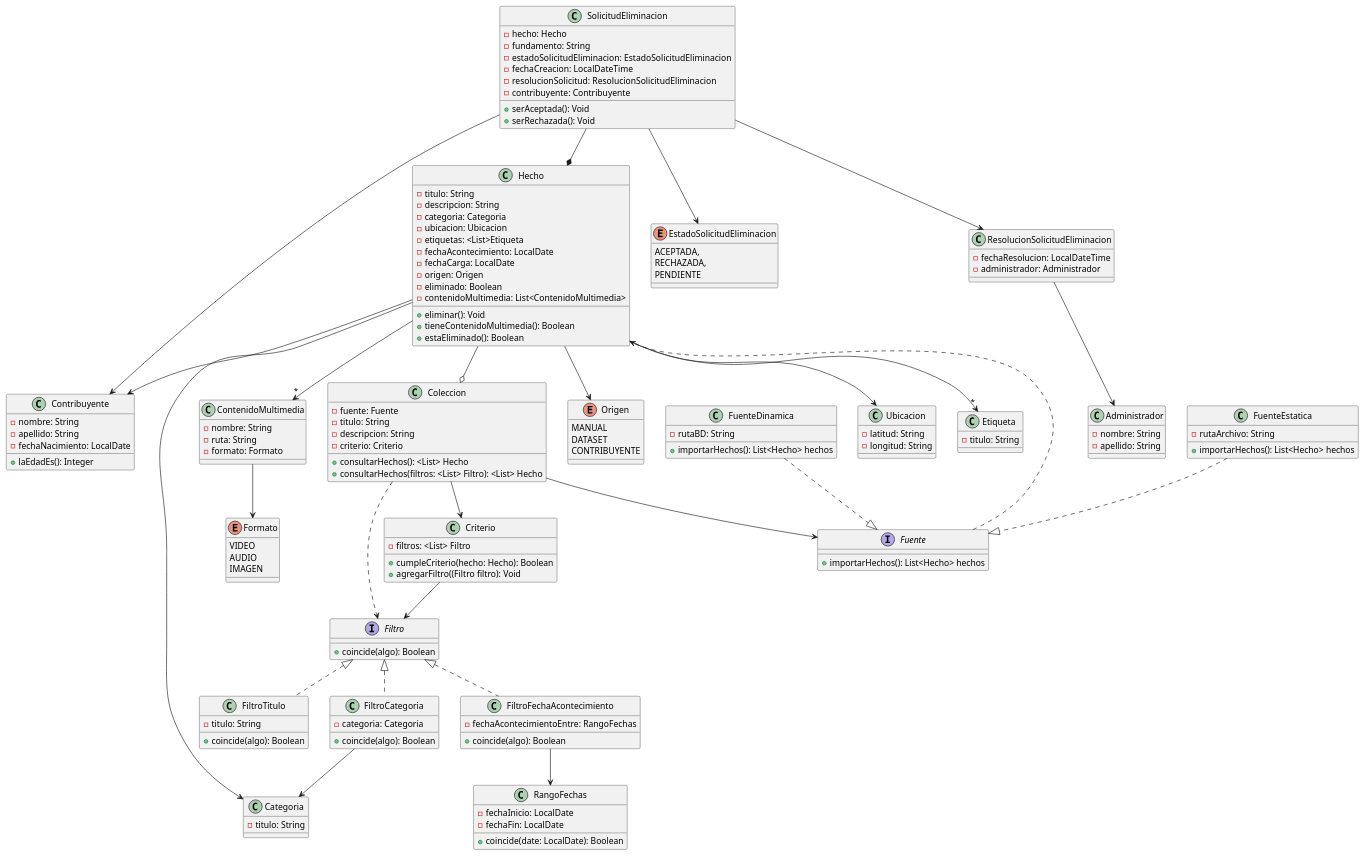
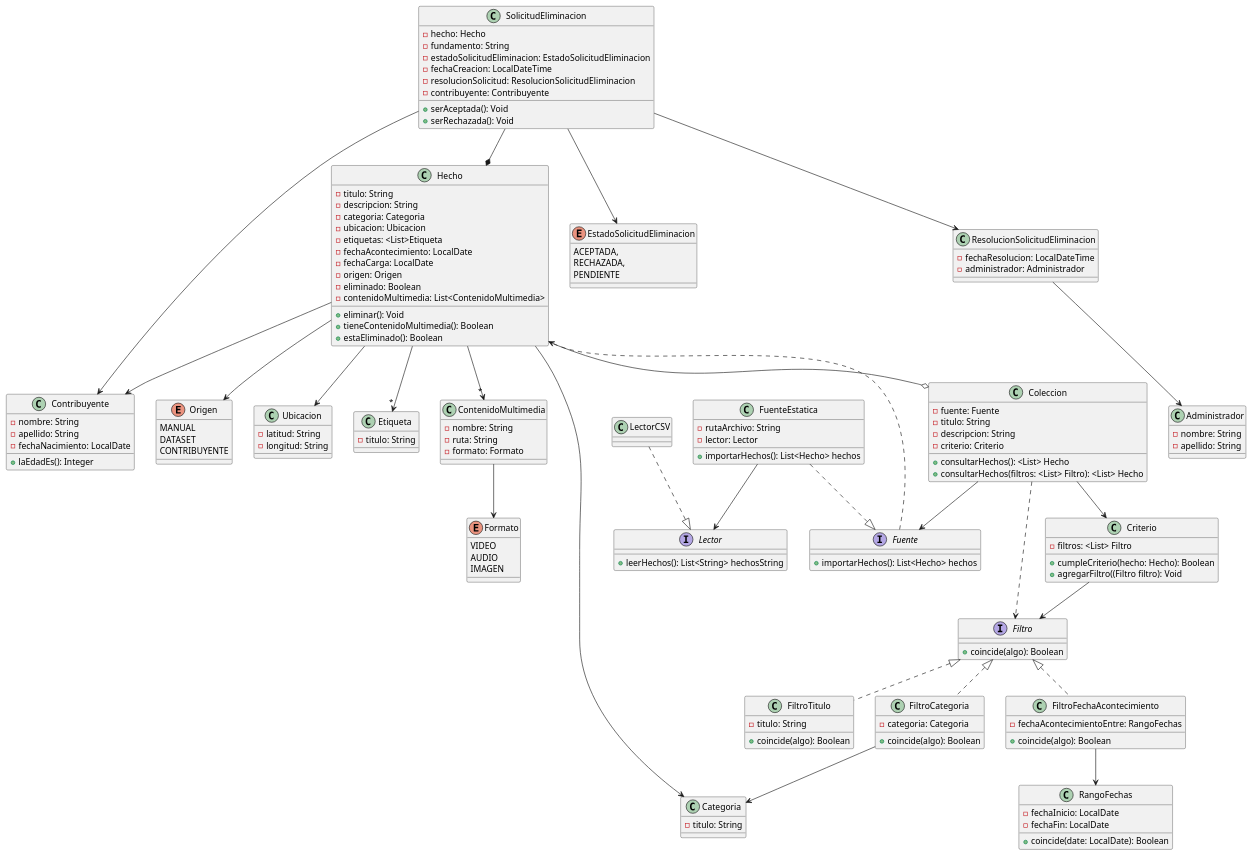
One commit to BrunoRodriguezzz/tp-dsi changed the diagram in DiagramaDeClases-1°Entrega.puml. Above: the diagram before and after it, drawn with PlantUML. The commit also changed 9 other files, not shown here.

```diff
--- a/DiagramaDeClases-1°Entrega.puml
+++ b/DiagramaDeClases-1°Entrega.puml
@@ -1,183 +1,190 @@
     @startuml
 'Hecho
 Hecho --> Contribuyente
 Hecho --> Origen
 Hecho --> Categoria
 Hecho --> Ubicacion
 Hecho -->"*" Etiqueta
 Hecho --o Coleccion
 Hecho -->"*" ContenidoMultimedia
 
 'Solicitudes de Eliminacion
 SolicitudEliminacion --* Hecho
 SolicitudEliminacion --> EstadoSolicitudEliminacion
 SolicitudEliminacion --> ResolucionSolicitudEliminacion
 SolicitudEliminacion --> Contribuyente
 
 'Resoluciones de Solicitudes de Eliminacion
 ResolucionSolicitudEliminacion --> Administrador
 
 'Colecciones
 Coleccion --> Criterio
 Coleccion ..> Filtro
 
 'Fuente
 Coleccion --> Fuente
 Fuente ..> Hecho
 FuenteEstatica ..|> Fuente
-FuenteDinamica ..|> Fuente
+
+'Lector
+FuenteEstatica --> Lector
+LectorCSV ..|> Lector
 
 'Criterio
 Criterio --> Filtro
 
 'ElementoCriterio
 Filtro <|.. FiltroTitulo
 Filtro <|.. FiltroCategoria
 Filtro <|.. FiltroFechaAcontecimiento
 
 'Estrategias
 FiltroCategoria --> Categoria
 FiltroFechaAcontecimiento --> RangoFechas
 
 'Contenido Multimedia
 ContenidoMultimedia --> Formato
 
 
 class Contribuyente {
     -nombre: String
     -apellido: String
     -fechaNacimiento: LocalDate
     +laEdadEs(): Integer
 }
 
 class Administrador {
     -nombre: String
     -apellido: String
 }
 
 enum EstadoSolicitudEliminacion {
     ACEPTADA,
     RECHAZADA,
     PENDIENTE
 }
 
 class ResolucionSolicitudEliminacion {
     -fechaResolucion: LocalDateTime
     -administrador: Administrador
 }
 
 class ContenidoMultimedia {
     -nombre: String
     -ruta: String
     -formato: Formato
 }
 
 enum Formato {
     VIDEO
     AUDIO
     IMAGEN
 }
 
 class Hecho {
     -titulo: String
     -descripcion: String
     -categoria: Categoria
     -ubicacion: Ubicacion
     -etiquetas: <List>Etiqueta
     -fechaAcontecimiento: LocalDate
     -fechaCarga: LocalDate
     -origen: Origen
     -eliminado: Boolean
     -contenidoMultimedia: List<ContenidoMultimedia>
     +eliminar(): Void
     +tieneContenidoMultimedia(): Boolean
     +estaEliminado(): Boolean
 }
 
 interface Fuente {
     +importarHechos(): List<Hecho> hechos
 }
 
 class FuenteEstatica {
     -rutaArchivo: String
-    +importarHechos(): List<Hecho> hechos
-}
-
-class FuenteDinamica {
-    -rutaBD: String
+    -lector: Lector
     +importarHechos(): List<Hecho> hechos
 }
 
 class Etiqueta {
     -titulo: String
 }
 
 enum Origen {
     MANUAL
     DATASET
     CONTRIBUYENTE
 }
 
 class Categoria {
     -titulo: String
 }
 
 class Ubicacion {
     -latitud: String
     -longitud: String
 }
 
 class SolicitudEliminacion {
     -hecho: Hecho
     -fundamento: String
     -estadoSolicitudEliminacion: EstadoSolicitudEliminacion
     -fechaCreacion: LocalDateTime
     -resolucionSolicitud: ResolucionSolicitudEliminacion
     -contribuyente: Contribuyente
     +serAceptada(): Void
     +serRechazada(): Void
 }
 
 class Coleccion {
     -fuente: Fuente
     -titulo: String
     -descripcion: String
     -criterio: Criterio
     'Solo para representar overload
     +consultarHechos(): <List> Hecho
     +consultarHechos(filtros: <List> Filtro): <List> Hecho
 }
 
 class Criterio{
     -filtros: <List> Filtro
 
     +cumpleCriterio(hecho: Hecho): Boolean
     +agregarFiltro((Filtro filtro): Void
 }
 
 class RangoFechas {
     -fechaInicio: LocalDate
     -fechaFin: LocalDate
     +coincide(date: LocalDate): Boolean
 }
 
 interface Filtro{
     +coincide(algo): Boolean
 }
 
 class FiltroTitulo{
     -titulo: String
     +coincide(algo): Boolean
 }
 
 class FiltroFechaAcontecimiento{
     -fechaAcontecimientoEntre: RangoFechas
     +coincide(algo): Boolean
 }
 
 class FiltroCategoria{
     -categoria: Categoria
     +coincide(algo): Boolean
 }
 
+interface Lector {
+    +leerHechos(): List<String> hechosString
+}
+
+class LectorCSV {
+
+}
+
 @enduml
```
